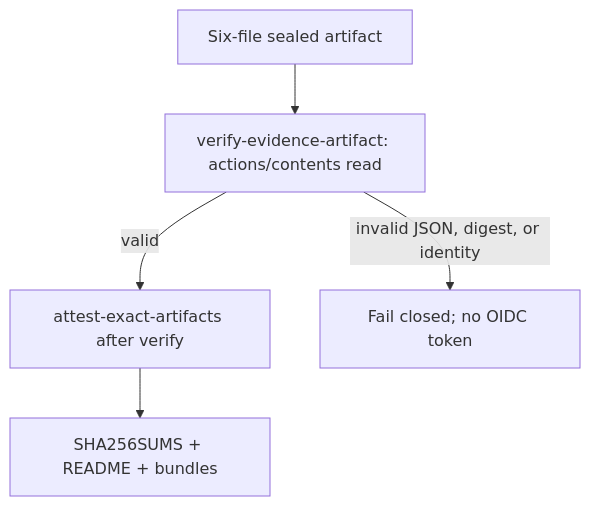
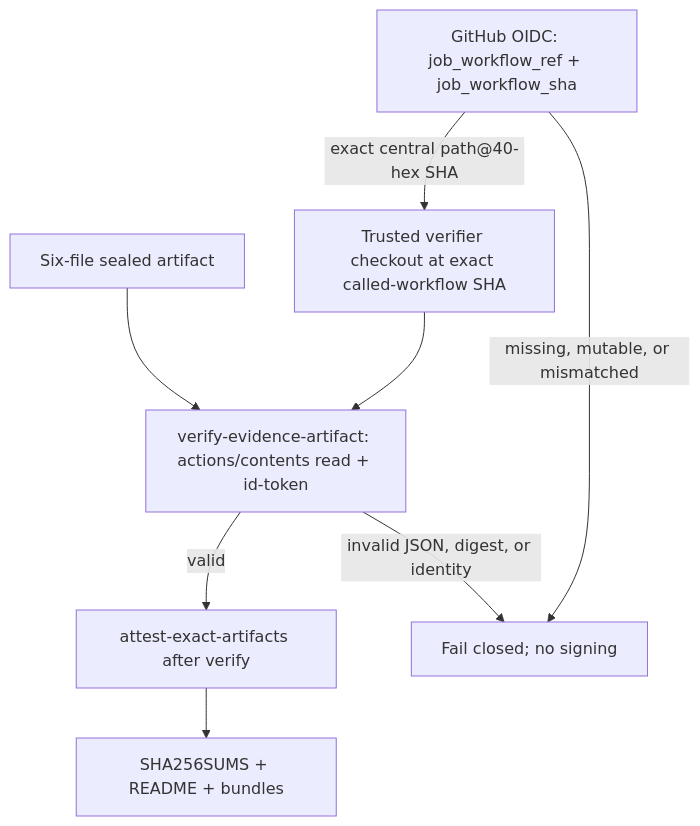
Before and after one commit to ContextualWisdomLab/.github: the fourth of 5 diagrams in ARCHITECTURE.md, drawn with Mermaid. The commit also changed other lines of this file, not shown here.

Commit message:
docs(architecture): show reusable attestation source trust

````diff
--- a/ARCHITECTURE.md
+++ b/ARCHITECTURE.md
@@ -147,13 +147,18 @@
 ```mermaid
 flowchart TD
+  OIDC["GitHub OIDC: job_workflow_ref + job_workflow_sha"]
+  Checkout["Trusted verifier checkout at exact called-workflow SHA"]
   Seal["Six-file sealed artifact"]
-  Read["verify-evidence-artifact: actions/contents read"]
+  Read["verify-evidence-artifact: actions/contents read + id-token"]
   Sign["attest-exact-artifacts after verify"]
   Offline["SHA256SUMS + README + bundles"]
-  Fail["Fail closed; no OIDC token"]
+  Fail["Fail closed; no signing"]
 
+  OIDC -->|"exact central path@40-hex SHA"| Checkout
+  OIDC -->|"missing, mutable, or mismatched"| Fail
+  Checkout --> Read
   Seal --> Read
   Read -->|"invalid JSON, digest, or identity"| Fail
   Read -->|"valid"| Sign
   Sign --> Offline
 ```
````
